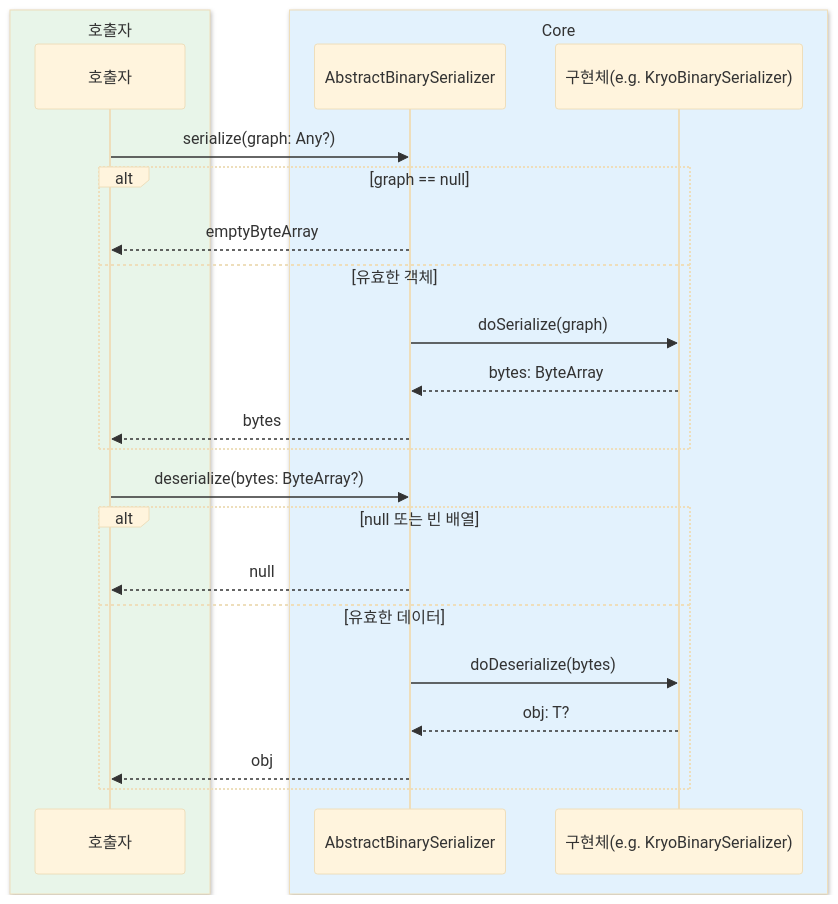
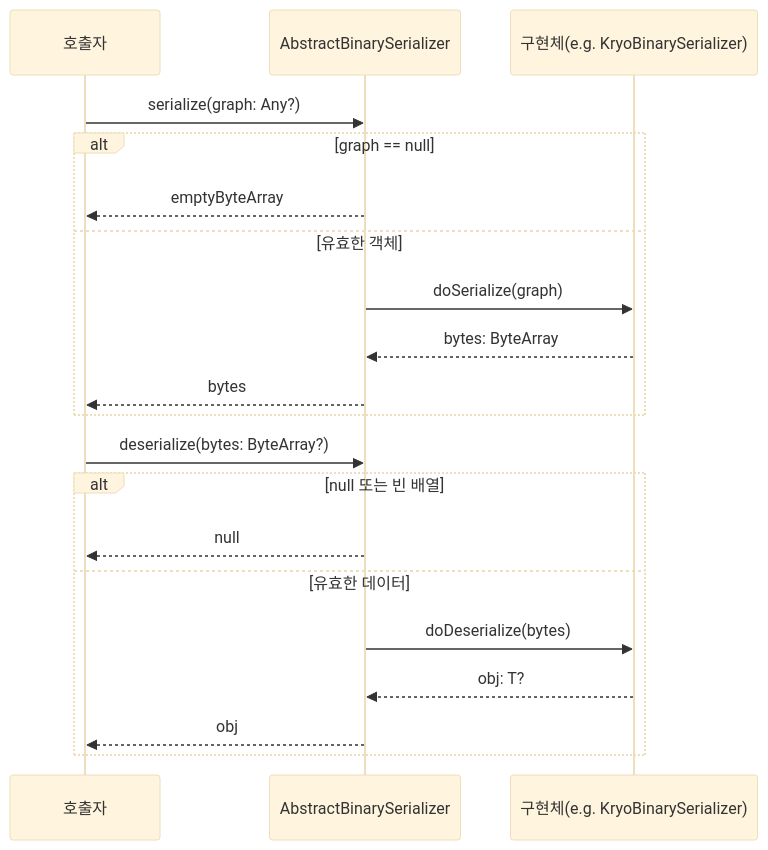
One commit to bluetape4k/bluetape4k-projects changed the fourth of 7 diagrams in io/io/README.ko.md. Above: the diagram before and after it, drawn with Mermaid (base theme). The commit also changed other lines of this file and 219 other files, not shown here.

First line of the commit message:
docs: 전체 README Mermaid 다이어그램 가이드 적용

````diff
--- a/io/io/README.ko.md
+++ b/io/io/README.ko.md
@@ -166,28 +162,24 @@
 ```mermaid
 sequenceDiagram
-    box rgb(232, 245, 233) 호출자
         participant C as 호출자
-    end
-    box rgb(227, 242, 253) Core
         participant ABS as AbstractBinarySerializer
         participant Impl as 구현체(e.g. KryoBinarySerializer)
-    end
 
     C->>ABS: serialize(graph: Any?)
     alt graph == null
         ABS-->>C: emptyByteArray
     else 유효한 객체
         ABS->>Impl: doSerialize(graph)
         Impl-->>ABS: bytes: ByteArray
         ABS-->>C: bytes
     end
 
     C->>ABS: deserialize(bytes: ByteArray?)
     alt null 또는 빈 배열
         ABS-->>C: null
     else 유효한 데이터
         ABS->>Impl: doDeserialize(bytes)
         Impl-->>ABS: obj: T?
         ABS-->>C: obj
     end
 ```
````
